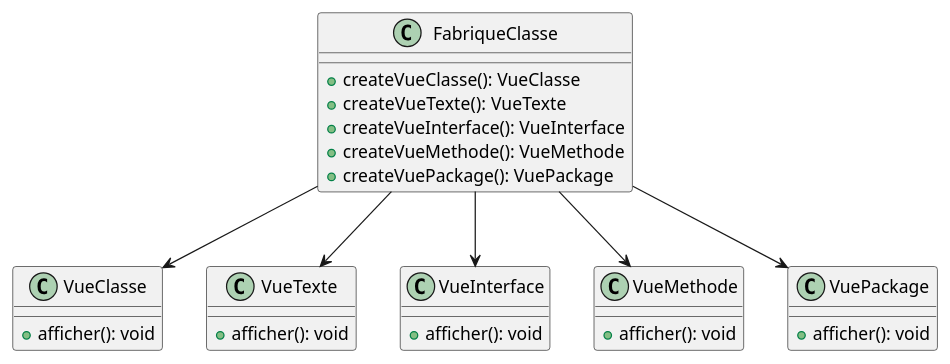
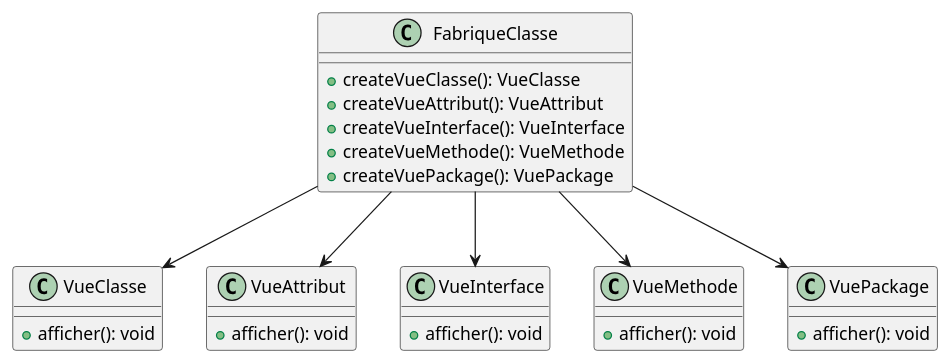
The diagram in Diagramme2Classes/puml/itération2/FabriqueClasse.puml (Baloo54/SAE_Diagramme2Classe), drawn with PlantUML before and after one commit. The commit also changed 4 other files, not shown here.

Commit message:
UML FabriqueClasse.puml

```diff
--- a/Diagramme2Classes/puml/itération2/FabriqueClasse.puml
+++ b/Diagramme2Classes/puml/itération2/FabriqueClasse.puml
@@ -1,37 +1,37 @@
 @startuml
 
 class FabriqueClasse {
     + createVueClasse(): VueClasse
-    + createVueTexte(): VueTexte
+    + createVueAttribut(): VueAttribut
     + createVueInterface(): VueInterface
     + createVueMethode(): VueMethode
     + createVuePackage(): VuePackage
 }
 
 class VueClasse {
     + afficher(): void
 }
 
-class VueTexte {
+class VueAttribut {
     + afficher(): void
 }
 
 class VueInterface {
     + afficher(): void
 }
 
 class VueMethode {
     + afficher(): void
 }
 
 class VuePackage {
     + afficher(): void
 }
 
 FabriqueClasse --> VueClasse
-FabriqueClasse --> VueTexte
+FabriqueClasse --> VueAttribut
 FabriqueClasse --> VueInterface
 FabriqueClasse --> VueMethode
 FabriqueClasse --> VuePackage
 
 @enduml
```
